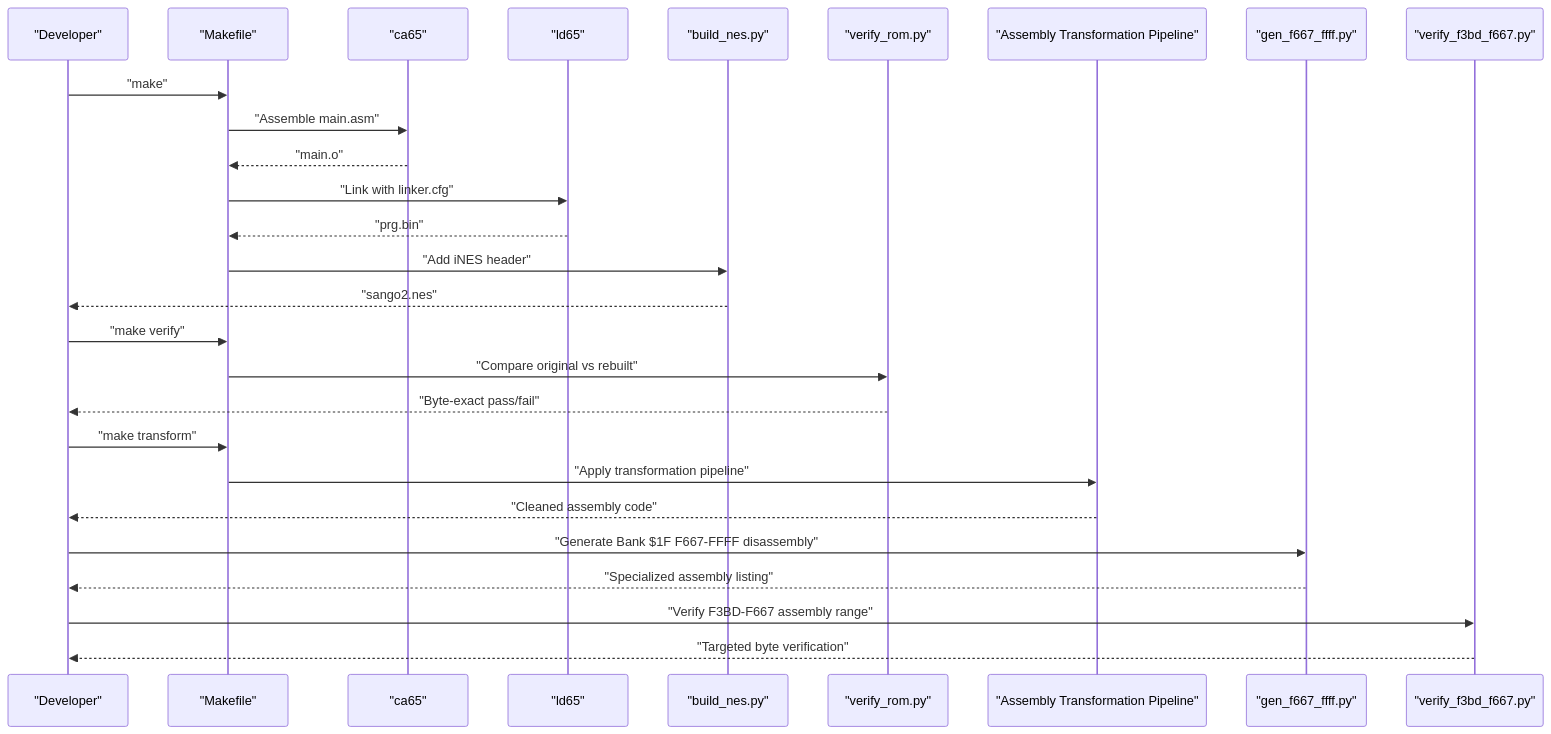
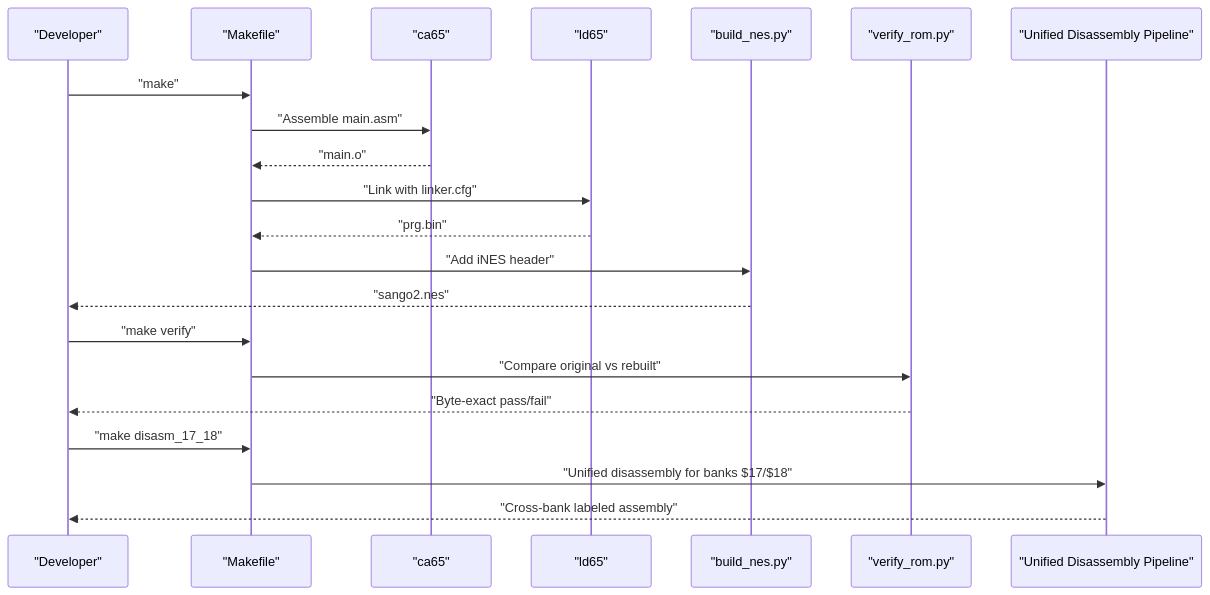
One commit to rabbyzero/sango2dasm changed the second of 11 diagrams in .qoder/repowiki/en/content/Build System and Tools/Build System and Tools.md. Above: the diagram before and after it, drawn with Mermaid. The commit also changed other lines of this file and 21 other files, not shown here.

````diff
--- a/.qoder/repowiki/en/content/Build System and Tools/Build System and Tools.md
+++ b/.qoder/repowiki/en/content/Build System and Tools/Build System and Tools.md
@@ -216,29 +202,23 @@
 ```mermaid
 sequenceDiagram
 participant Dev as "Developer"
 participant MK as "Makefile"
 participant CA as "ca65"
 participant LD as "ld65"
 participant BN as "build_nes.py"
 participant VR as "verify_rom.py"
-participant TP as "Assembly Transformation Pipeline"
-participant GF as "gen_f667_ffff.py"
-participant VF as "verify_f3bd_f667.py"
+participant UD as "Unified Disassembly Pipeline"
 Dev->>MK : "make"
 MK->>CA : "Assemble main.asm"
 CA-->>MK : "main.o"
 MK->>LD : "Link with linker.cfg"
 LD-->>MK : "prg.bin"
 MK->>BN : "Add iNES header"
 BN-->>Dev : "sango2.nes"
 Dev->>MK : "make verify"
 MK->>VR : "Compare original vs rebuilt"
 VR-->>Dev : "Byte-exact pass/fail"
-Dev->>MK : "make transform"
-MK->>TP : "Apply transformation pipeline"
-TP-->>Dev : "Cleaned assembly code"
-Dev->>GF : "Generate Bank $1F F667-FFFF disassembly"
-GF-->>Dev : "Specialized assembly listing"
-Dev->>VF : "Verify F3BD-F667 assembly range"
-VF-->>Dev : "Targeted byte verification"
+Dev->>MK : "make disasm_17_18"
+MK->>UD : "Unified disassembly for banks $17/$18"
+UD-->>Dev : "Cross-bank labeled assembly"
 ```
````
